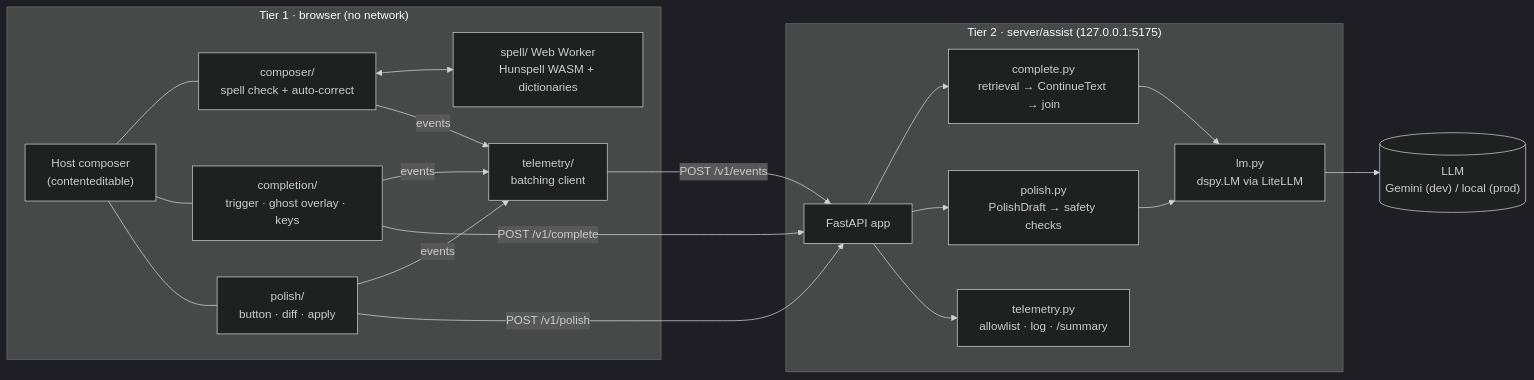
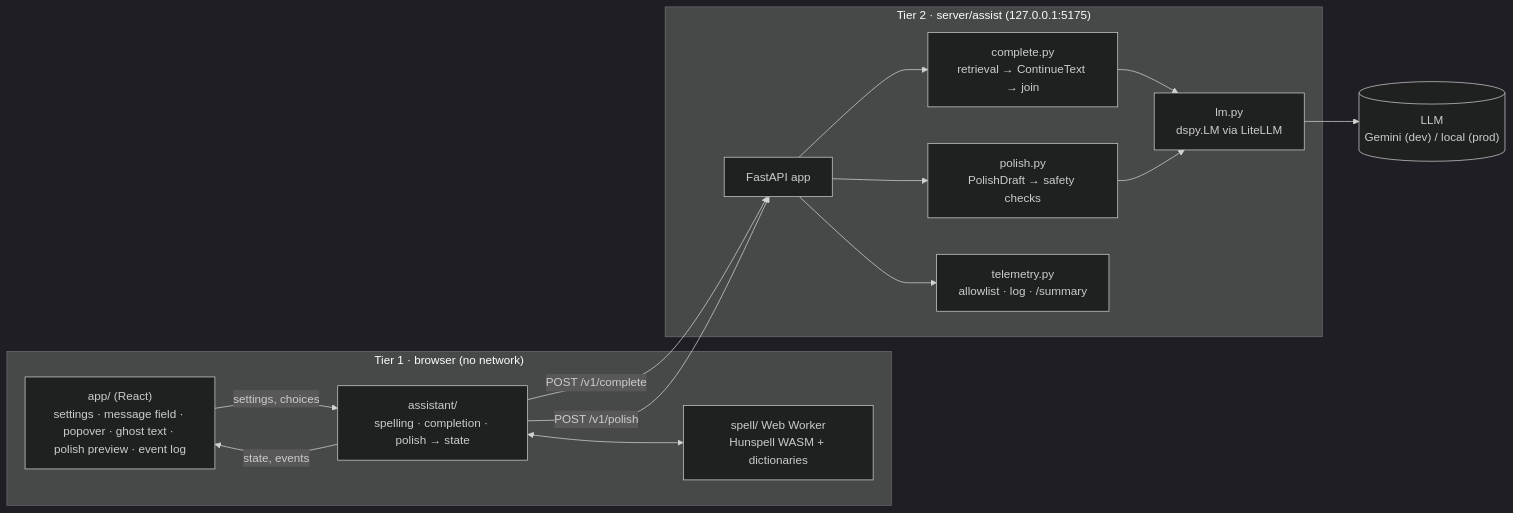
Before and after one commit to nikolaimaslak/SpellCheckingPrototype: the first of 3 diagrams in docs/ARCHITECTURE.md, drawn with Mermaid (dark theme). The commit also changed other lines of this file and 118 other files, not shown here.

````diff
--- a/docs/ARCHITECTURE.md
+++ b/docs/ARCHITECTURE.md
@@ -16,30 +16,24 @@
 ```mermaid
 flowchart LR
   subgraph Browser["Tier 1 · browser (no network)"]
-    C["Host composer<br/>(contenteditable)"]
-    SC["composer/<br/>spell check + auto-correct"]
+    UI["app/ (React)<br/>settings · message field · popover · ghost text · polish preview · event log"]
+    A["assistant/<br/>spelling · completion · polish → state"]
     W["spell/ Web Worker<br/>Hunspell WASM + dictionaries"]
-    CC["completion/<br/>trigger · ghost overlay · keys"]
-    PC["polish/<br/>button · diff · apply"]
-    T["telemetry/<br/>batching client"]
-    C --- SC
-    SC <--> W
-    C --- CC
-    C --- PC
-    SC & CC & PC -- events --> T
+    UI -- "settings, choices" --> A
+    A -- "state, events" --> UI
+    A <--> W
   end
   subgraph Server["Tier 2 · server/assist (127.0.0.1:5175)"]
     API["FastAPI app"]
     CO["complete.py<br/>retrieval → ContinueText → join"]
     PO["polish.py<br/>PolishDraft → safety checks"]
     TL["telemetry.py<br/>allowlist · log · /summary"]
     LM["lm.py<br/>dspy.LM via LiteLLM"]
     API --> CO & PO & TL
     CO & PO --> LM
   end
   LLM[("LLM<br/>Gemini (dev) / local (prod)")]
-  CC -- "POST /v1/complete" --> API
-  PC -- "POST /v1/polish" --> API
-  T -- "POST /v1/events" --> API
+  A -- "POST /v1/complete" --> API
+  A -- "POST /v1/polish" --> API
   LM --> LLM
 ```
````
